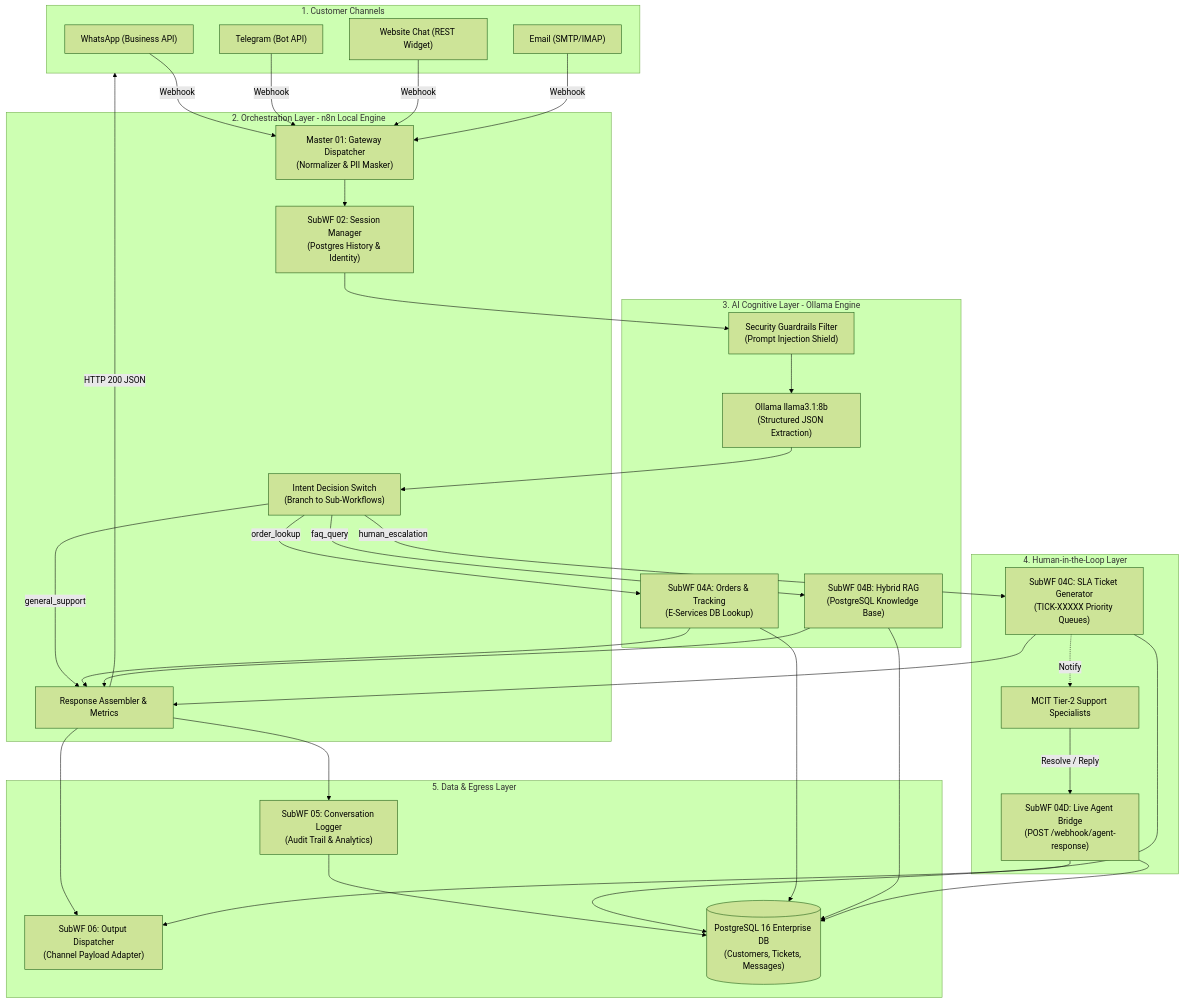
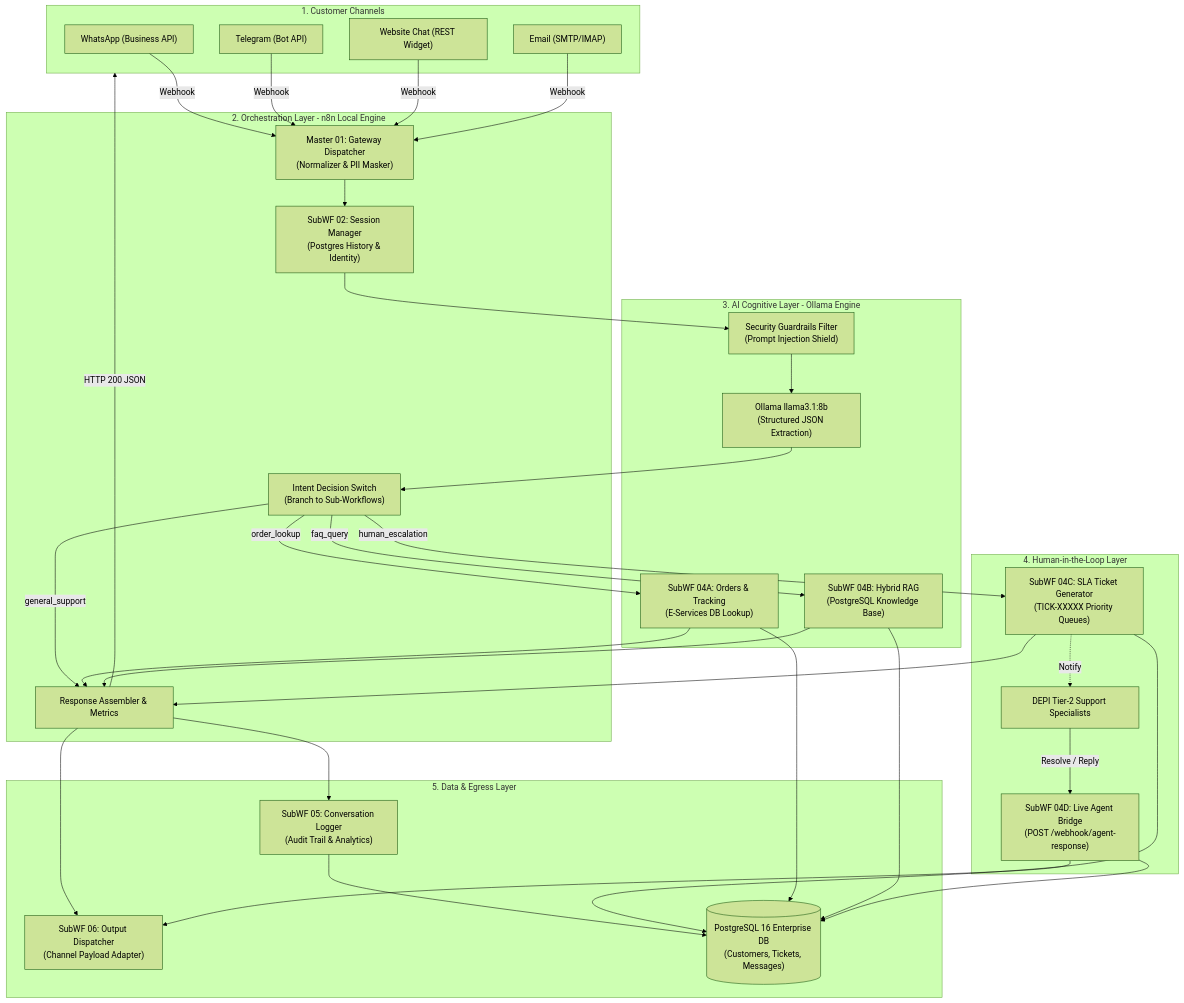
Before and after one commit to GhariebML/NexaServe: the diagram in docs/SYSTEM_WORKFLOW_NODES_REPORT.md, drawn with Mermaid (forest theme). The commit also changed other lines of this file and 45 other files, not shown here.

````diff
--- a/docs/SYSTEM_WORKFLOW_NODES_REPORT.md
+++ b/docs/SYSTEM_WORKFLOW_NODES_REPORT.md
@@ -44,73 +44,73 @@
 ```mermaid
 flowchart TB
     subgraph Layer1 [1. Customer Channels]
         WA["WhatsApp (Business API)"]
         TG["Telegram (Bot API)"]
         WC["Website Chat (REST Widget)"]
         EM["Email (SMTP/IMAP)"]
     end
 
     subgraph Layer2 [2. Orchestration Layer - n8n Local Engine]
         GW["Master 01: Gateway Dispatcher<br/>(Normalizer & PII Masker)"]
         SM["SubWF 02: Session Manager<br/>(Postgres History & Identity)"]
         SW["Intent Decision Switch<br/>(Branch to Sub-Workflows)"]
         ASSEM["Response Assembler & Metrics"]
     end
 
     subgraph Layer3 [3. AI Cognitive Layer - Ollama Engine]
         GRD["Security Guardrails Filter<br/>(Prompt Injection Shield)"]
         LLM["Ollama llama3.1:8b<br/>(Structured JSON Extraction)"]
         KB_RAG["SubWF 04B: Hybrid RAG<br/>(PostgreSQL Knowledge Base)"]
         ORD_DB["SubWF 04A: Orders & Tracking<br/>(E-Services DB Lookup)"]
     end
 
     subgraph Layer4 [4. Human-in-the-Loop Layer]
         ESC["SubWF 04C: SLA Ticket Generator<br/>(TICK-XXXXX Priority Queues)"]
         BRDG["SubWF 04D: Live Agent Bridge<br/>(POST /webhook/agent-response)"]
-        HUMAN["MCIT Tier-2 Support Specialists"]
+        HUMAN["DEPI Tier-2 Support Specialists"]
     end
 
     subgraph Layer5 [5. Data & Egress Layer]
         OUT["SubWF 06: Output Dispatcher<br/>(Channel Payload Adapter)"]
         LOG["SubWF 05: Conversation Logger<br/>(Audit Trail & Analytics)"]
         PG[("PostgreSQL 16 Enterprise DB<br/>(Customers, Tickets, Messages)")]
     end
 
     %% Channel to Gateway
     WA -->|Webhook| GW
     TG -->|Webhook| GW
     WC -->|Webhook| GW
     EM -->|Webhook| GW
 
     %% Orchestration Flow
     GW --> SM
     SM --> GRD
     GRD --> LLM
     LLM --> SW
 
     %% Routing
     SW -->|order_lookup| ORD_DB
     SW -->|faq_query| KB_RAG
     SW -->|human_escalation| ESC
     SW -->|general_support| ASSEM
 
     ORD_DB --> ASSEM
     KB_RAG --> ASSEM
     ESC --> ASSEM
 
     %% Egress & Storage
     ASSEM --> OUT
     ASSEM --> LOG
     ASSEM -->|HTTP 200 JSON| Layer1
 
     LOG --> PG
     ESC --> PG
     ORD_DB --> PG
     KB_RAG --> PG
 
     %% HITL Flow
     ESC -.->|Notify| HUMAN
     HUMAN -->|Resolve / Reply| BRDG
     BRDG --> PG
     BRDG --> OUT
 ```
````
